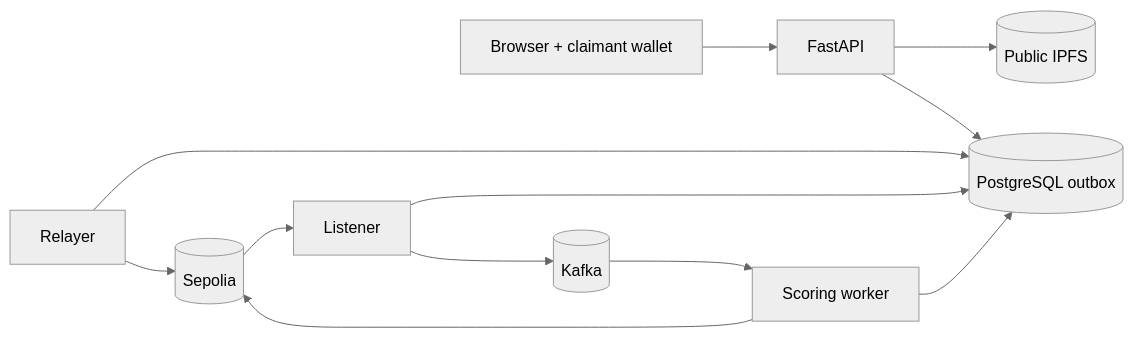
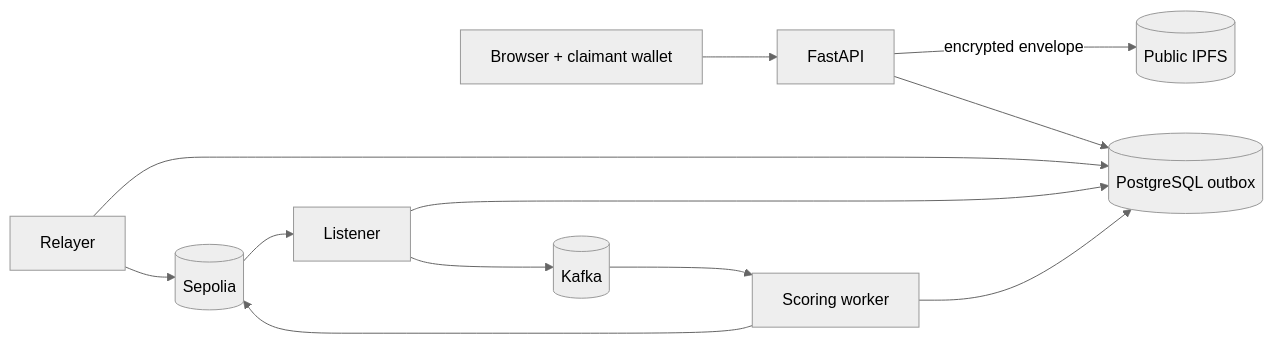
The diagram in LOCAL_DEVELOPMENT.md (ganesh1997oli/Decentralized-Claims-Registry), drawn with Mermaid (neutral theme) before and after one commit. The commit also changed other lines of this file and 64 other files, not shown here.

````diff
--- a/LOCAL_DEVELOPMENT.md
+++ b/LOCAL_DEVELOPMENT.md
@@ -29,14 +29,14 @@
 ```mermaid
 flowchart LR
     Browser["Browser + claimant wallet"] --> API["FastAPI"]
-    API --> IPFS[("Public IPFS")]
+    API -->|"encrypted envelope"| IPFS[("Public IPFS")]
     API --> DB[("PostgreSQL outbox")]
     Relayer["Relayer"] --> DB
     Relayer --> Chain[("Sepolia")]
     Chain --> Listener["Listener"]
     Listener --> DB
     Listener --> Kafka[("Kafka")]
     Kafka --> Worker["Scoring worker"]
     Worker --> DB
     Worker --> Chain
 ```
````
